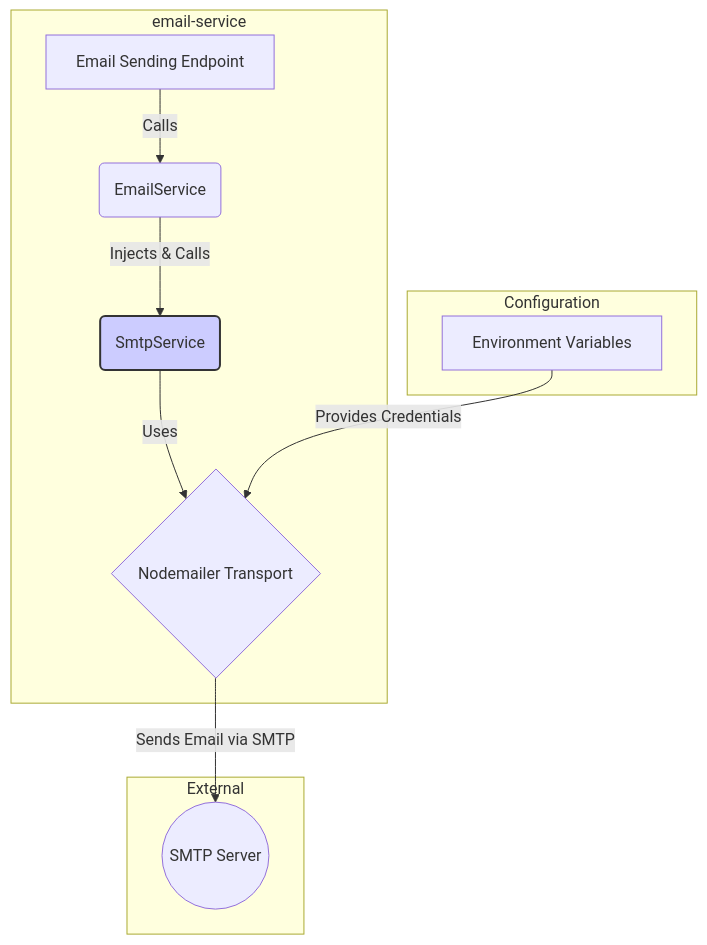
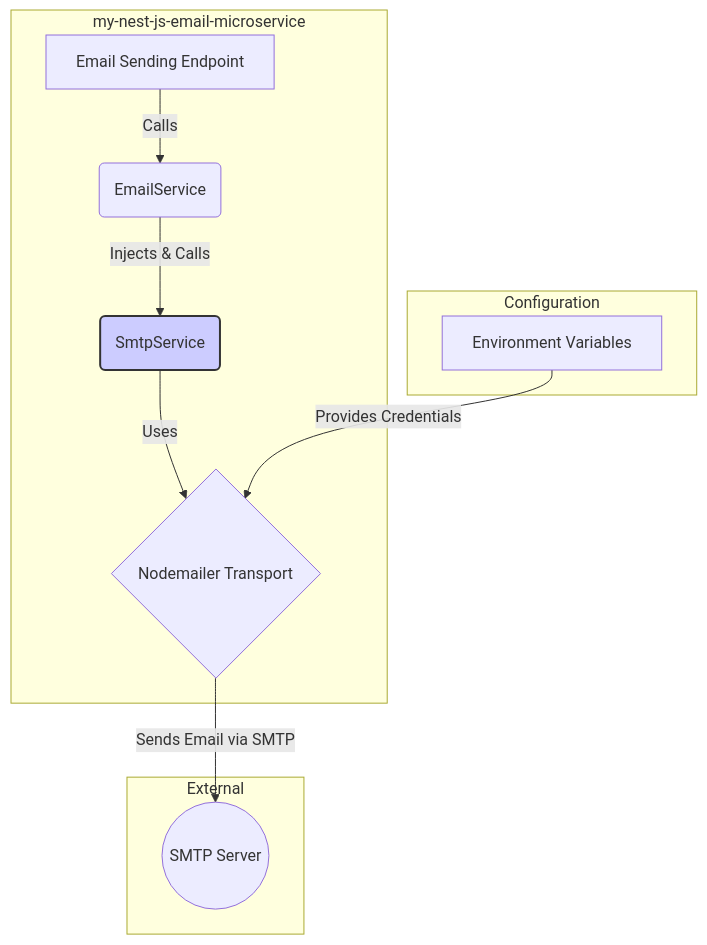
One commit to EmperorRAG/my-projects-monorepo changed the diagram in docs/ways-of-work/plan/nest-js-email-microservice/nodemailer-integration/implementation-plan.md. Above: the diagram before and after it, drawn with Mermaid. The commit also changed other lines of this file and 4 other files, not shown here.

Commit message:
fix: update application references from 'email-service' to 'my-nest-js-email-microservice' in documentation and configuration files

````diff
--- a/docs/ways-of-work/plan/nest-js-email-microservice/nodemailer-integration/implementation-plan.md
+++ b/docs/ways-of-work/plan/nest-js-email-microservice/nodemailer-integration/implementation-plan.md
@@ -21,18 +21,18 @@
 ```mermaid
 graph TD
-    subgraph email-service
+    subgraph my-nest-js-email-microservice
         A[Email Sending Endpoint] -->|Calls| B(EmailService);
         B -->|Injects & Calls| C(SmtpService);
         C -->|Uses| D{Nodemailer Transport};
     end
 
     subgraph External
         D -- "Sends Email via SMTP" --> E((SMTP Server));
     end
 
     subgraph Configuration
         F[Environment Variables] -->|Provides Credentials| D;
     end
 
     style C fill:#ccf,stroke:#333,stroke-width:2px
 ```
````
